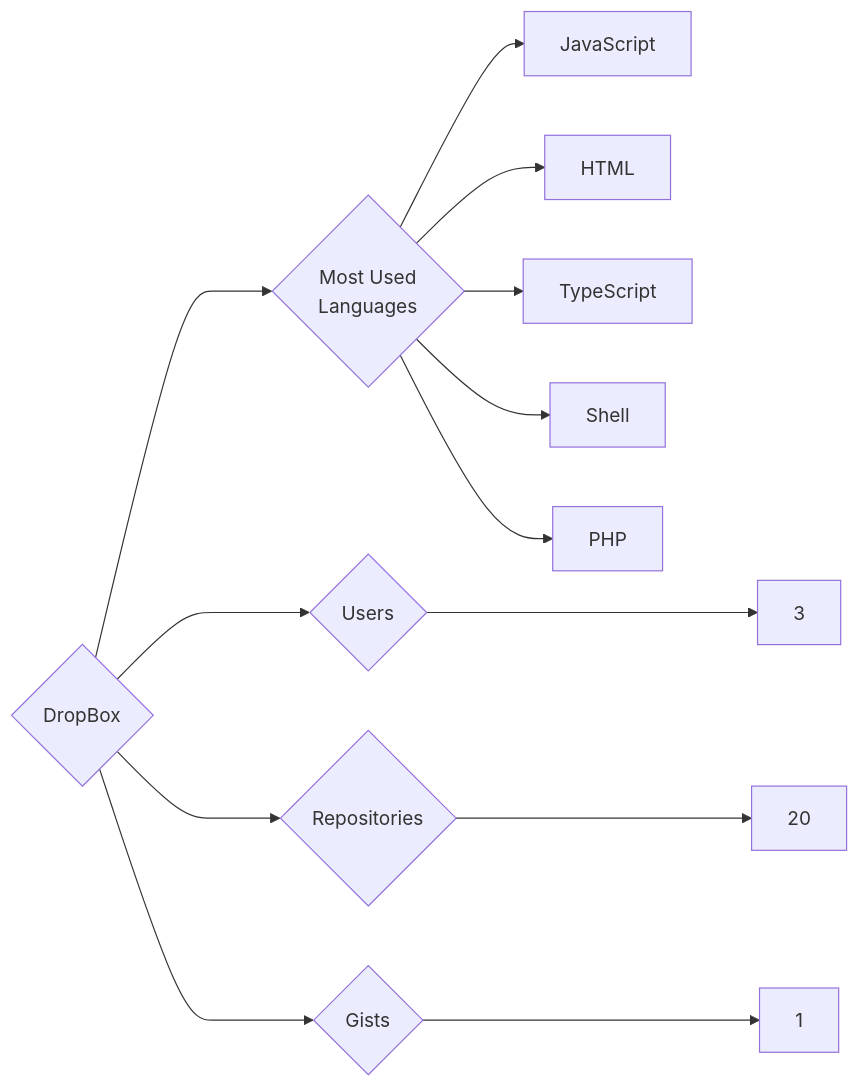
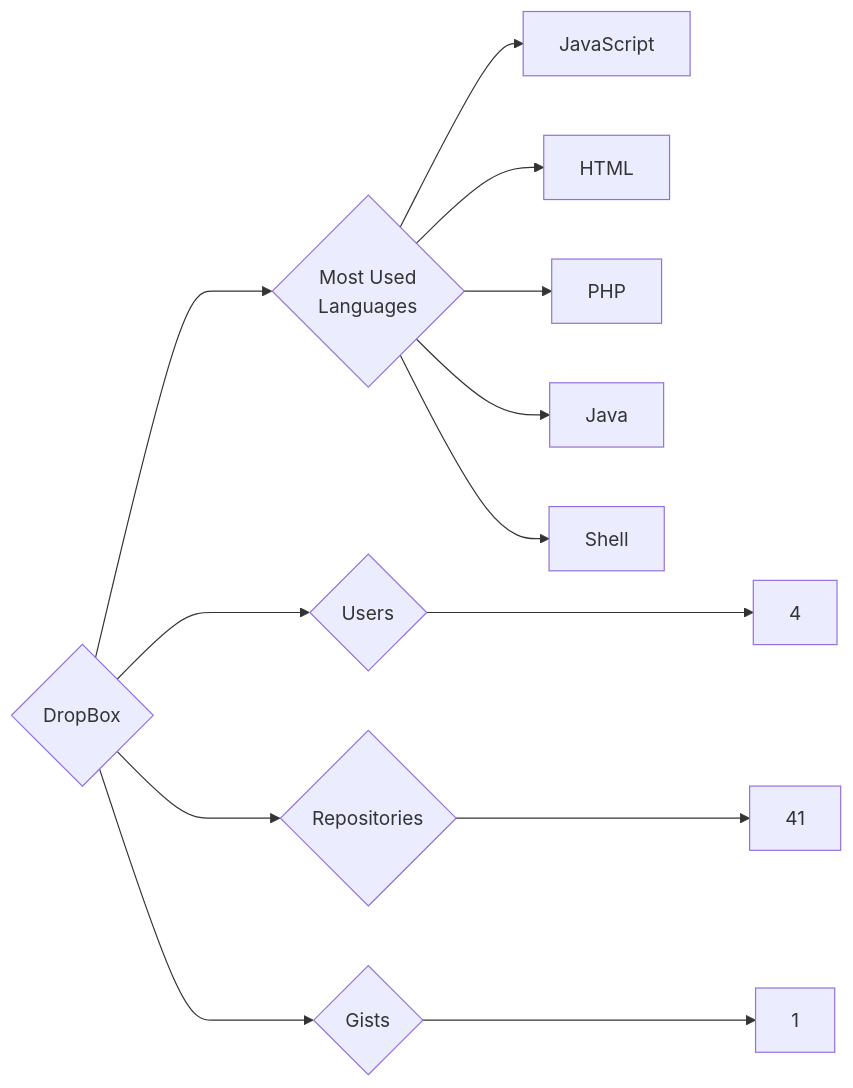
Before and after one commit to trickest/insiders: the diagram in targets/DropBox/README.md, drawn with Mermaid. The commit also changed 993 other files, not shown here.

````diff
--- a/targets/DropBox/README.md
+++ b/targets/DropBox/README.md
@@ -3,13 +3,13 @@
 ```mermaid
 graph LR
 COMPANY_NAME{DropBox}
-COMPANY_NAME ---> U{Users} ---> UN[3]
-COMPANY_NAME ---> R{Repositories} ---> RN[20]
+COMPANY_NAME ---> U{Users} ---> UN[4]
+COMPANY_NAME ---> R{Repositories} ---> RN[41]
 COMPANY_NAME ---> G{Gists} ---> GN[1]
 COMPANY_NAME ---> ML{Most Used<br>Languages}
 ML --> JavaScript[JavaScript]
 ML --> HTML[HTML]
-ML --> TypeScript[TypeScript]
+ML --> PHP[PHP]
+ML --> Java[Java]
 ML --> Shell[Shell]
-ML --> PHP[PHP]
 ```
````
